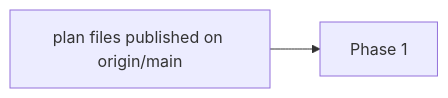
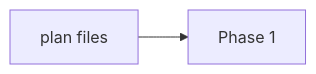
One commit to teamupstart/mission-control changed the diagram in docs/plans/hide-outside-sessions/phased-plan.md. Above: the diagram before and after it, drawn with Mermaid. The commit also changed other lines of this file and 2 other files, not shown here.

````diff
--- a/docs/plans/hide-outside-sessions/phased-plan.md
+++ b/docs/plans/hide-outside-sessions/phased-plan.md
@@ -59,4 +59,4 @@
 ```mermaid
 flowchart LR
-  plan[plan files published on origin/main] --> p1[Phase 1]
+  plan[plan files] --> p1[Phase 1]
 ```
````
